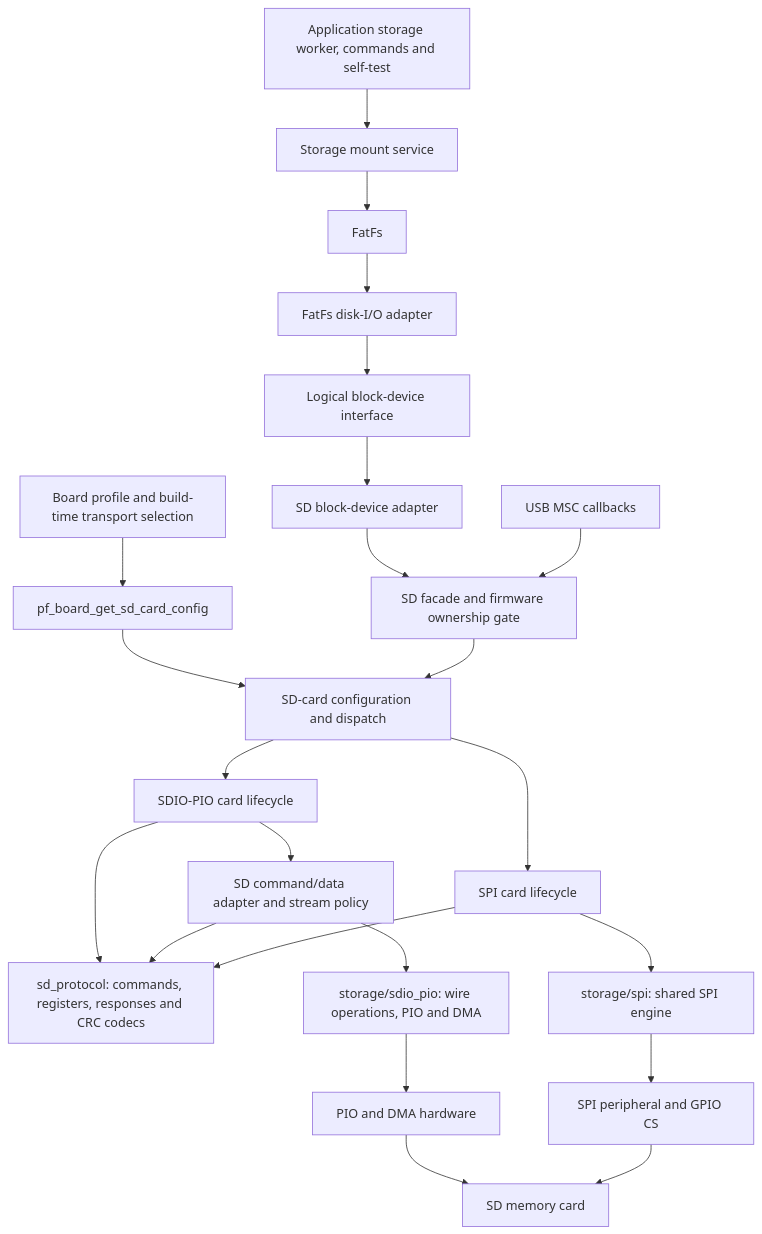
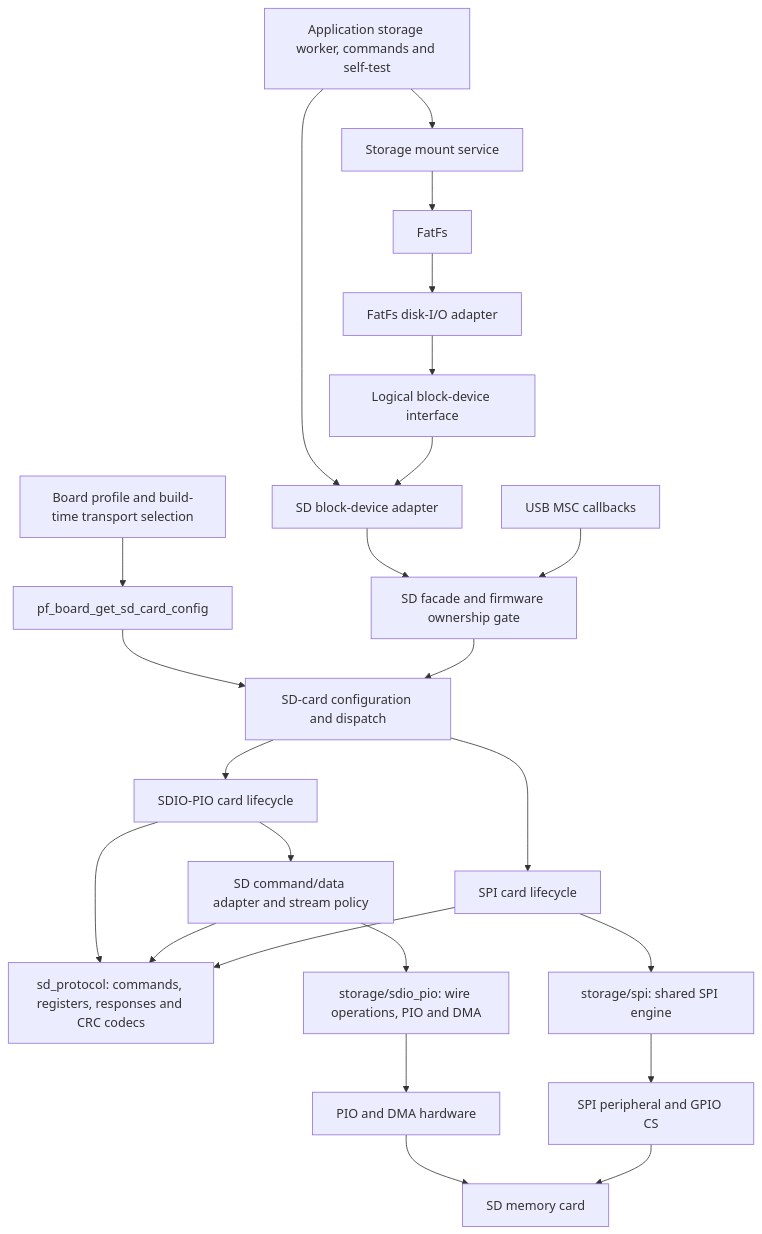
The first of 5 diagrams in docs/sdcard-design.md (djwinter29-oss/PicoForge), drawn with Mermaid before and after one commit. The commit also changed other lines of this file and 26 other files, not shown here.

````diff
--- a/docs/sdcard-design.md
+++ b/docs/sdcard-design.md
@@ -76,25 +76,26 @@
 ```mermaid
 flowchart TD
     Board[Board profile and build-time transport selection] --> Config[pf_board_get_sd_card_config]
     Config --> Card[SD-card configuration and dispatch]
     App[Application storage worker, commands and self-test] --> Storage[Storage mount service]
+    App --> SDAdapter
     Storage --> FatFs[FatFs]
     FatFs --> Disk[FatFs disk-I/O adapter]
     Disk --> Block[Logical block-device interface]
     Block --> SDAdapter[SD block-device adapter]
     SDAdapter --> Gate[SD facade and firmware ownership gate]
     MSC[USB MSC callbacks] --> Gate
     Gate --> Card
     Card --> Native[SDIO-PIO card lifecycle]
     Card --> SPI[SPI card lifecycle]
     Native --> Host[SD command/data adapter and stream policy]
     Native --> Shared[sd_protocol: commands, registers, responses and CRC codecs]
     Host --> Shared
     SPI --> Shared
     Host --> NativeBus[storage/sdio_pio: wire operations, PIO and DMA]
     NativeBus --> PIO[PIO and DMA hardware]
     SPI --> SerialBus[storage/spi: shared SPI engine]
     SerialBus --> Peripheral[SPI peripheral and GPIO CS]
     PIO --> Media[SD memory card]
     Peripheral --> Media
 ```
````
